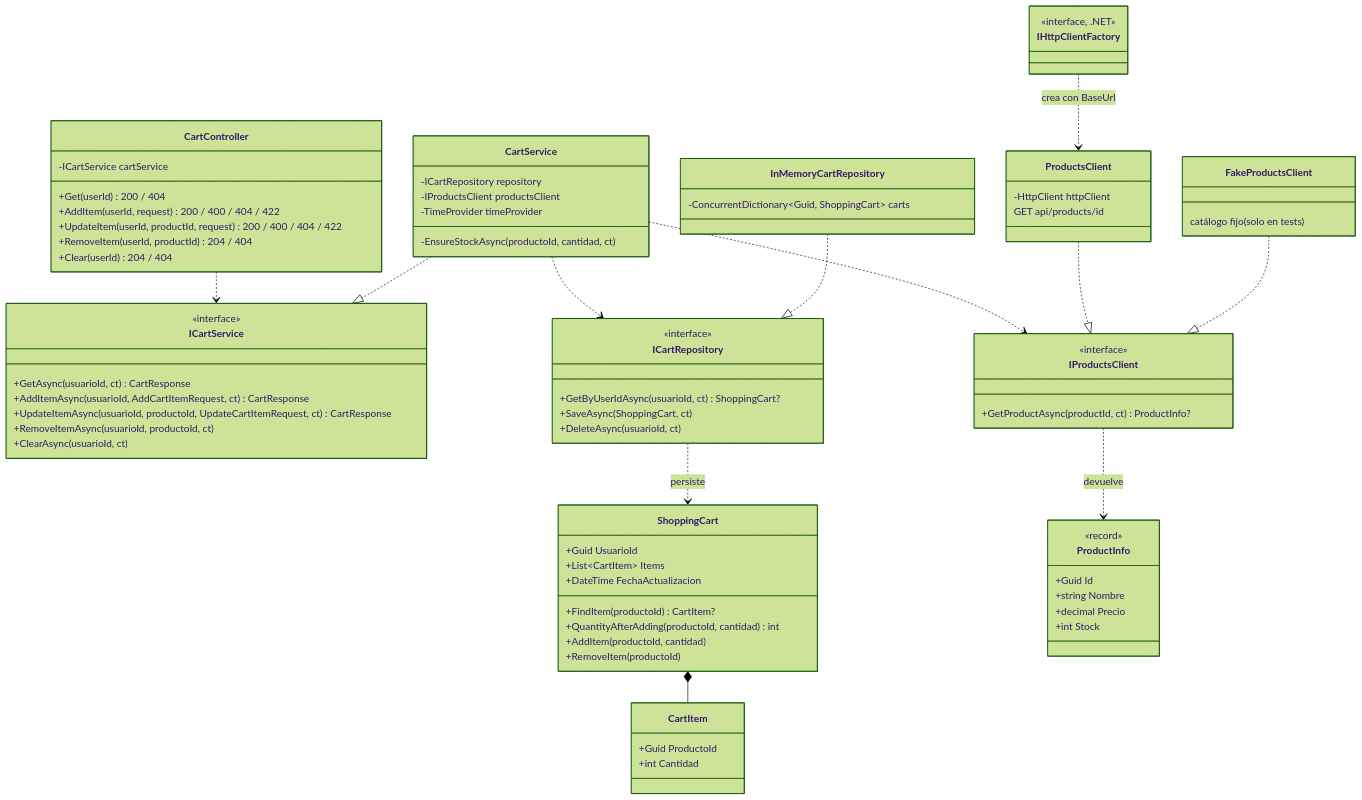
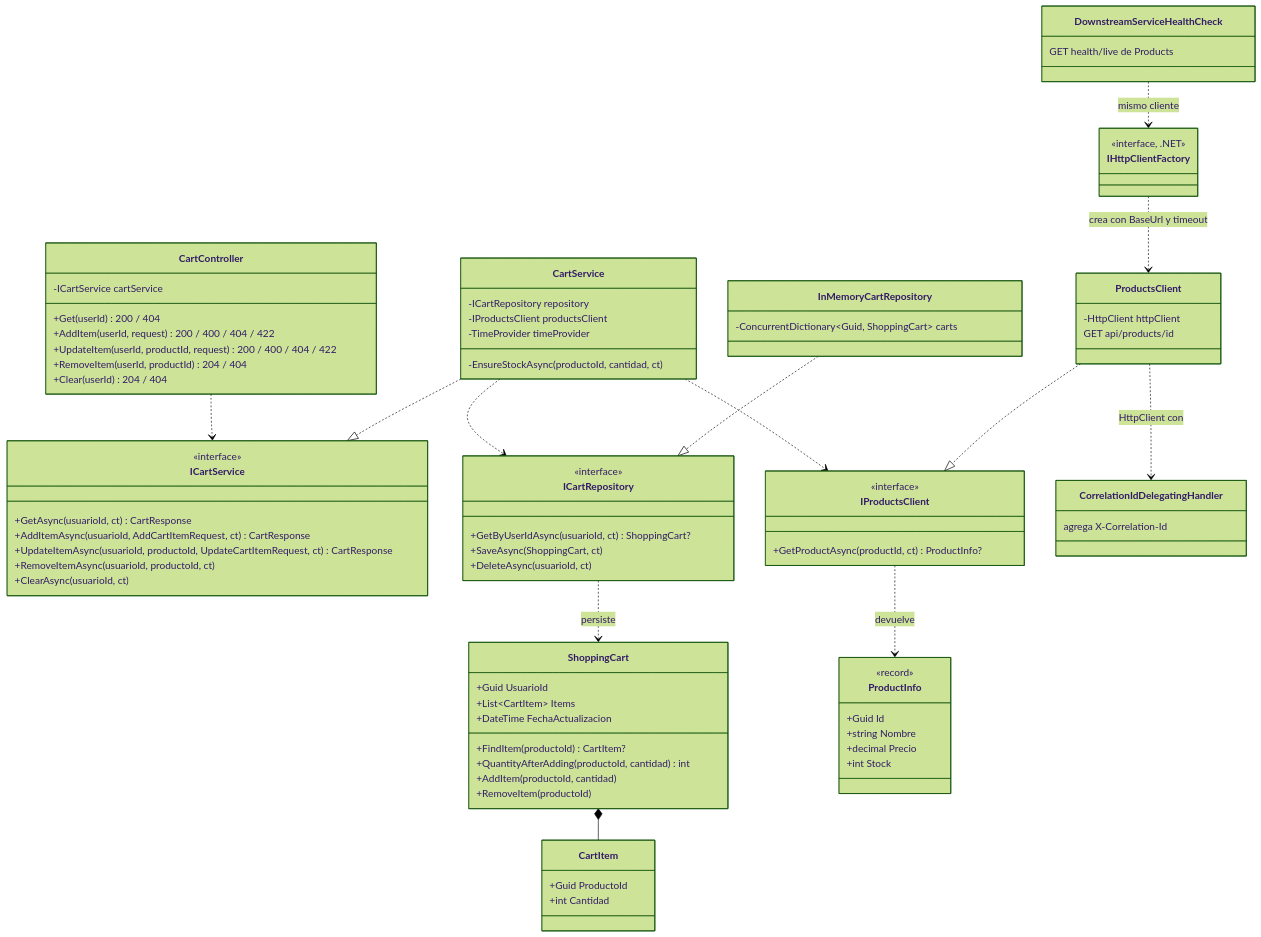
The sixth of 7 diagrams in docs/arquitectura/arquitectura.md (thomasfgomez7/tp_arquitectura_microservicios_cai_grupo_15), drawn with Mermaid (forest theme) before and after one commit. The commit also changed other lines of this file and 18 other files, not shown here.

First line of the commit message:
feat(cart): propagar el Correlation ID a Products, sumarlo a /health/ready y configurar timeout

```diff
--- a/docs/arquitectura/arquitectura.md
+++ b/docs/arquitectura/arquitectura.md
@@ -343,8 +343,12 @@
         GET api/products/id
     }
 
-    class FakeProductsClient {
-        catálogo fijo (solo en tests)
+    class CorrelationIdDelegatingHandler {
+        agrega X-Correlation-Id
+    }
+
+    class DownstreamServiceHealthCheck {
+        GET health/live de Products
     }
 
     class IHttpClientFactory {
@@ -380,8 +384,9 @@
     CartService ..> IProductsClient
     InMemoryCartRepository ..|> ICartRepository
     ProductsClient ..|> IProductsClient
-    FakeProductsClient ..|> IProductsClient
-    IHttpClientFactory ..> ProductsClient : crea con BaseUrl
+    IHttpClientFactory ..> ProductsClient : crea con BaseUrl y timeout
+    ProductsClient ..> CorrelationIdDelegatingHandler : HttpClient con
+    DownstreamServiceHealthCheck ..> IHttpClientFactory : mismo cliente
     ICartRepository ..> ShoppingCart : persiste
     ShoppingCart *-- CartItem
     IProductsClient ..> ProductInfo : devuelve
```
